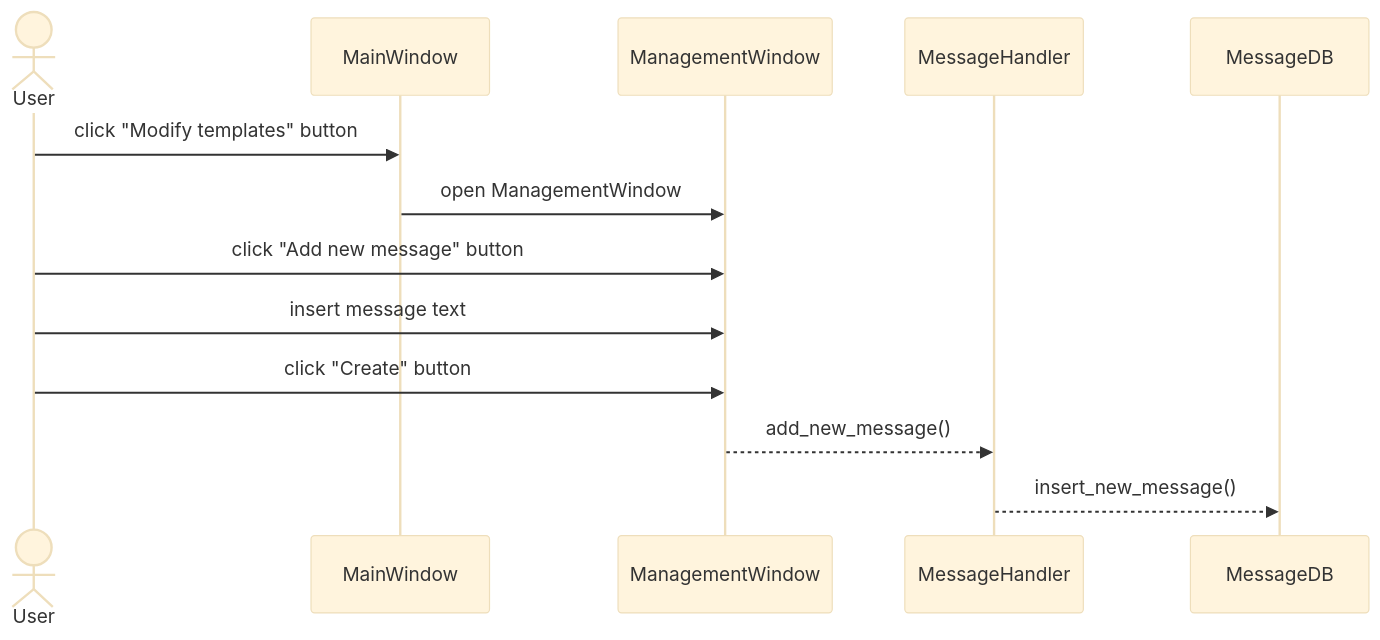
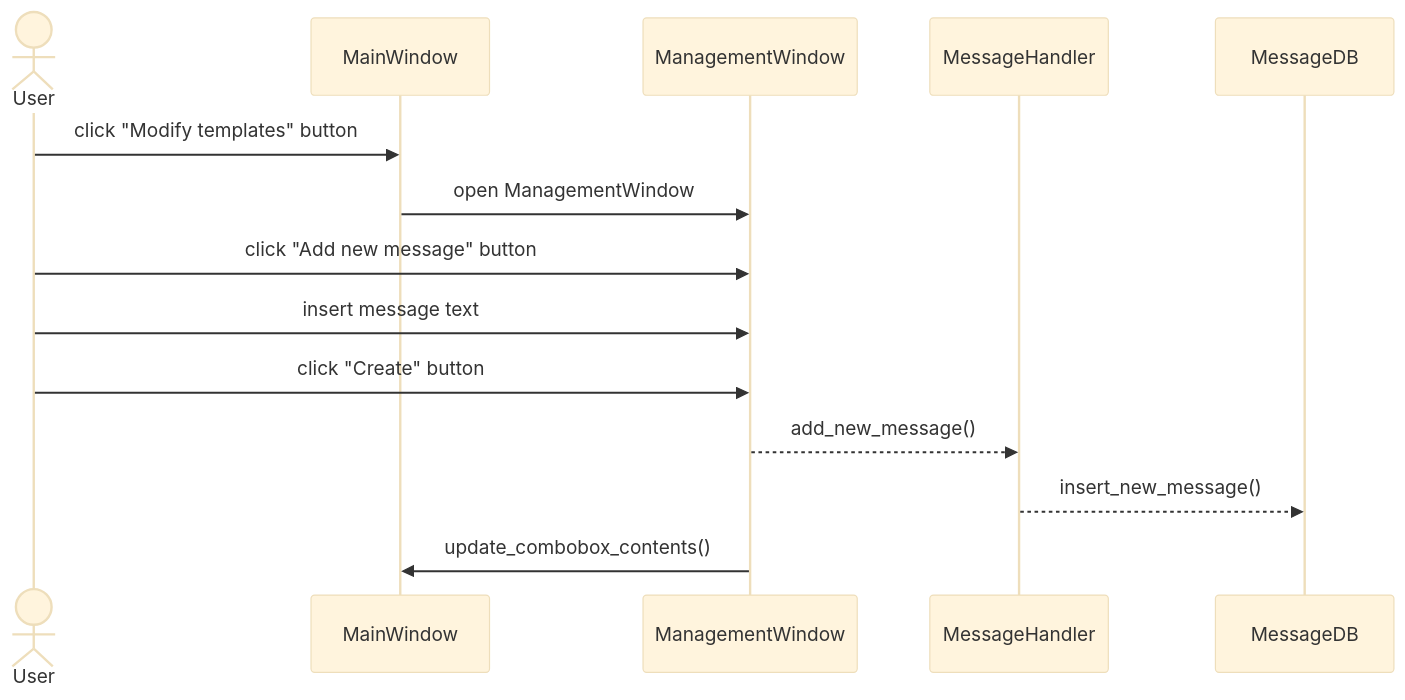
One commit to SaijaGit/ot-harjoitustyo changed the second of 2 diagrams in BoringEmailGenerator/dokumentaatio/arkkitehtuuri.md. Above: the diagram before and after it, drawn with Mermaid (base theme).

````diff
--- a/BoringEmailGenerator/dokumentaatio/arkkitehtuuri.md
+++ b/BoringEmailGenerator/dokumentaatio/arkkitehtuuri.md
@@ -106,15 +106,16 @@
 ```mermaid
 sequenceDiagram
   actor User
   participant MainWindow
   participant ManagementWindow
   participant MessageHandler
   participant MessageDB
   User->>MainWindow: click "Modify templates" button
   MainWindow->>ManagementWindow: open ManagementWindow
   User->>ManagementWindow: click "Add new message" button
   User->>ManagementWindow: insert message text
   User->>ManagementWindow: click "Create" button
   ManagementWindow-->>MessageHandler: add_new_message()
   MessageHandler-->>MessageDB: insert_new_message()
+  ManagementWindow->>MainWindow: update_combobox_contents()
 ```
````
